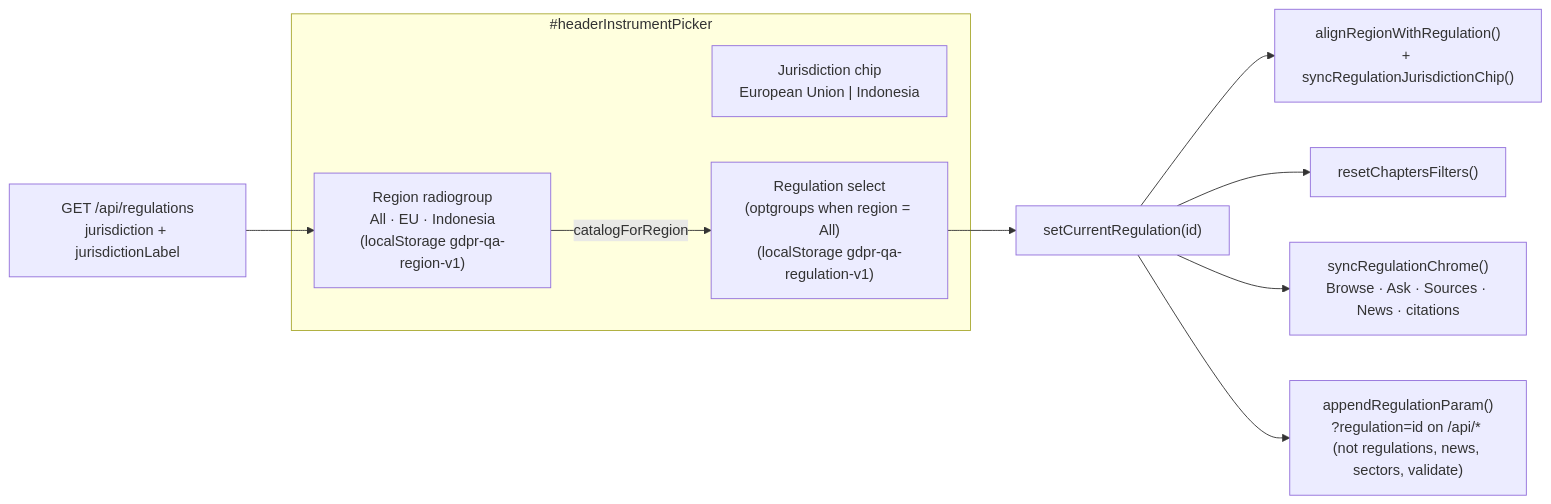
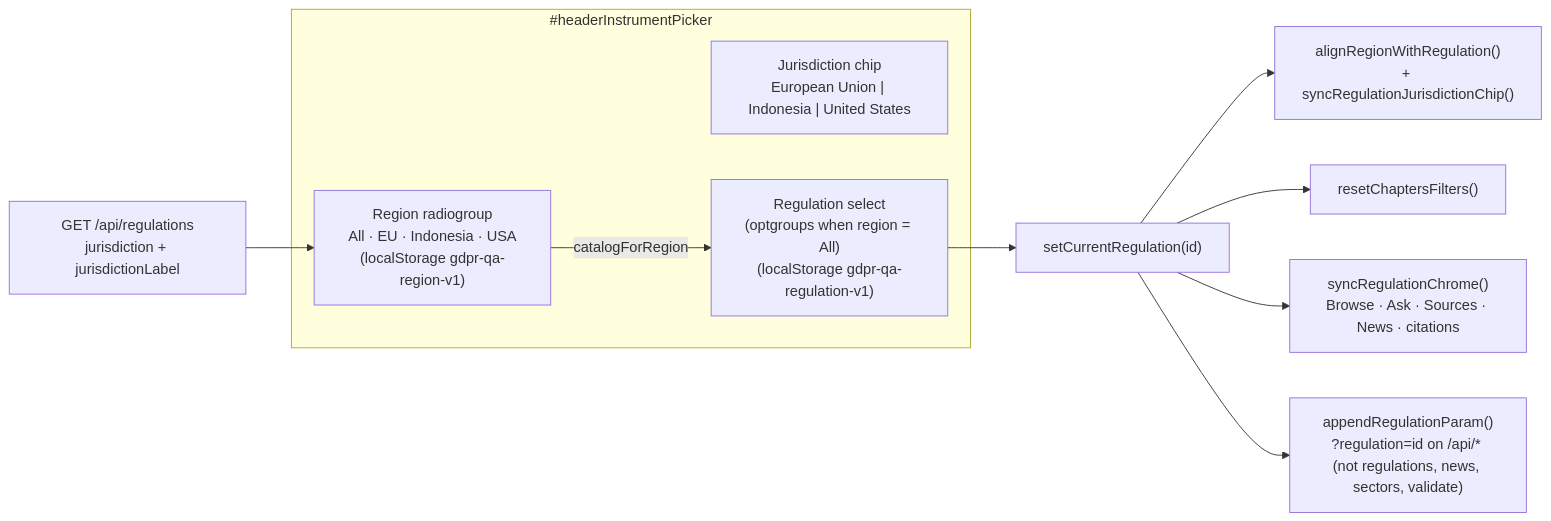
One commit to RifqiMT/gdpr-qa-platform changed the third of 8 diagrams in docs/ARCHITECTURE.md. Above: the diagram before and after it, drawn with Mermaid. The commit also changed other lines of this file and 51 other files, not shown here.

````diff
--- a/docs/ARCHITECTURE.md
+++ b/docs/ARCHITECTURE.md
@@ -111,16 +137,16 @@
 ```mermaid
 flowchart LR
   subgraph chrome["#headerInstrumentPicker"]
-    region["Region radiogroup\nAll · EU · Indonesia\n(localStorage gdpr-qa-region-v1)"]
-    chip["Jurisdiction chip\nEuropean Union | Indonesia"]
+    region["Region radiogroup\nAll · EU · Indonesia · USA\n(localStorage gdpr-qa-region-v1)"]
+    chip["Jurisdiction chip\nEuropean Union | Indonesia | United States"]
     select["Regulation select\n(optgroups when region = All)\n(localStorage gdpr-qa-regulation-v1)"]
   end
   catalog["GET /api/regulations\njurisdiction + jurisdictionLabel"]
   region -->|catalogForRegion| select
   catalog --> region
   select --> setReg["setCurrentRegulation(id)"]
   setReg --> align["alignRegionWithRegulation()\n+ syncRegulationJurisdictionChip()"]
   setReg --> reset["resetChaptersFilters()"]
   setReg --> sync["syncRegulationChrome()\nBrowse · Ask · Sources · News · citations"]
   setReg --> api["appendRegulationParam()\n?regulation=id on /api/* (not regulations, news, sectors, validate)"]
 ```
````
